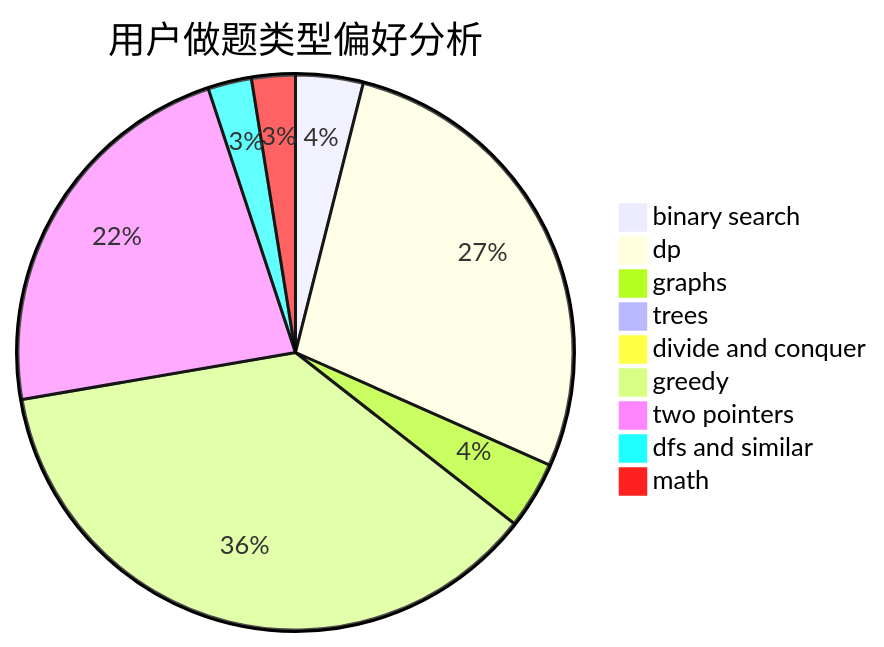
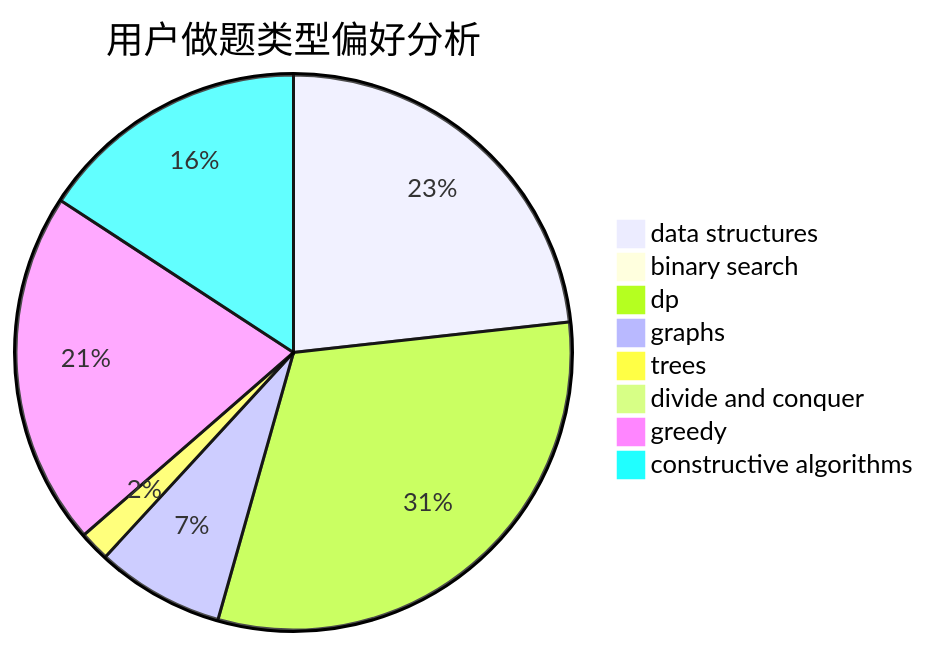
Before and after one commit to sherpahu/cfrs.github.io: the second of 3 diagrams in docs/user/u1271.md, drawn with Mermaid. The commit also changed other lines of this file and 2775 other files, not shown here.

````diff
--- a/docs/user/u1271.md
+++ b/docs/user/u1271.md
@@ -23,12 +23,11 @@
 ```mermaid
 pie title 用户做题类型偏好分析
-    "binary search" :  17
-    "dp" :  120
+    "data structures" :  53
+    "binary search" :  1
+    "dp" :  71
     "graphs" :  17
     "trees" :  4
     "divide and conquer" :  0
-    "greedy" :  159
-    "two pointers" :  98
-    "dfs and similar" :  11
-    "math" :  11
+    "greedy" :  47
+    "constructive algorithms" :  36
 ```
````
